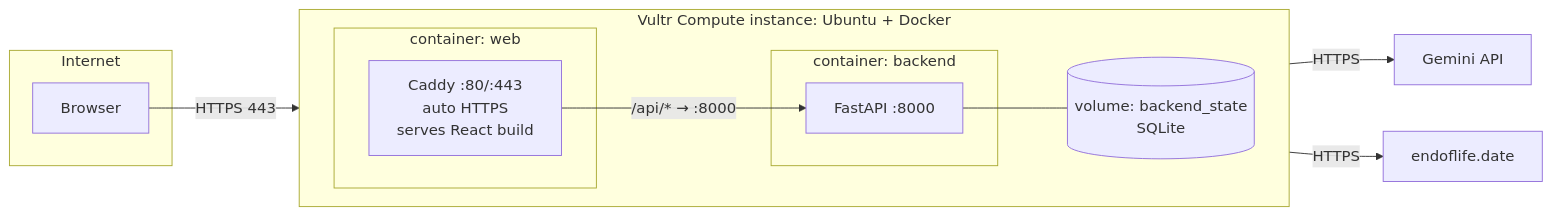
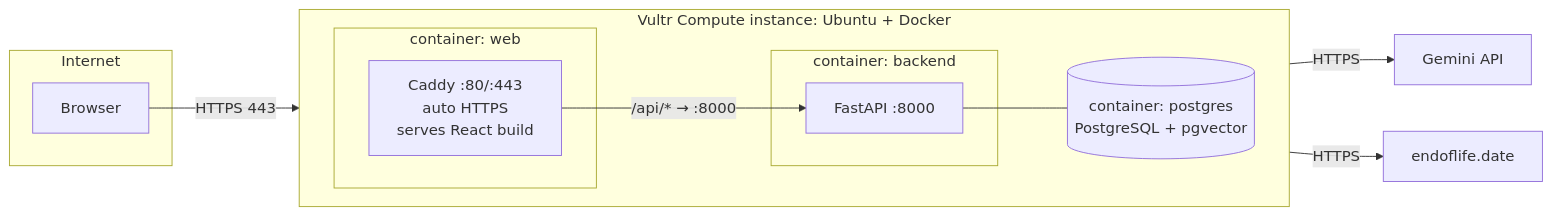
One commit to educ-jkescritor/GroundEd changed the fourth of 4 diagrams in docs/architecture.md. Above: the diagram before and after it, drawn with Mermaid. The commit also changed other lines of this file and 6 other files, not shown here.

First line of the commit message:
Update docs and diagram to the agreed stack

````diff
--- a/docs/architecture.md
+++ b/docs/architecture.md
@@ -75,21 +75,21 @@
 ```mermaid
 flowchart LR
     subgraph Internet
       B[Browser]
     end
     subgraph V[Vultr Compute instance: Ubuntu + Docker]
       direction LR
       subgraph web[container: web]
         C[Caddy :80/:443<br/>auto HTTPS<br/>serves React build]
       end
       subgraph be[container: backend]
         A[FastAPI :8000]
       end
-      VOL[(volume: backend_state<br/>SQLite)]
-      A --- VOL
+      PG[(container: postgres<br/>PostgreSQL + pgvector)]
+      A --- PG
     end
     B -->|HTTPS 443| C
     C -->|/api/* → :8000| A
     A -->|HTTPS| G[Gemini API]
     A -->|HTTPS| E[endoflife.date]
 ```
````
